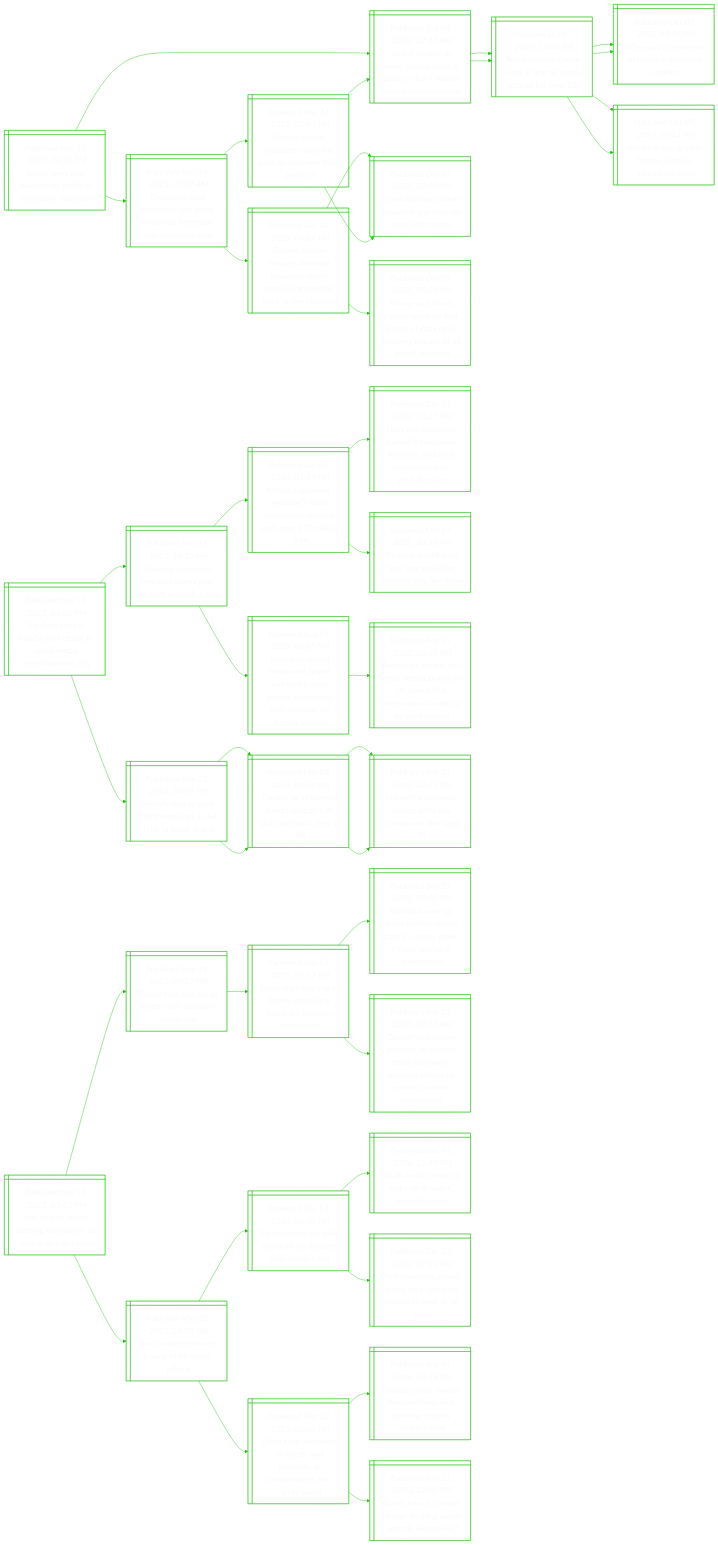
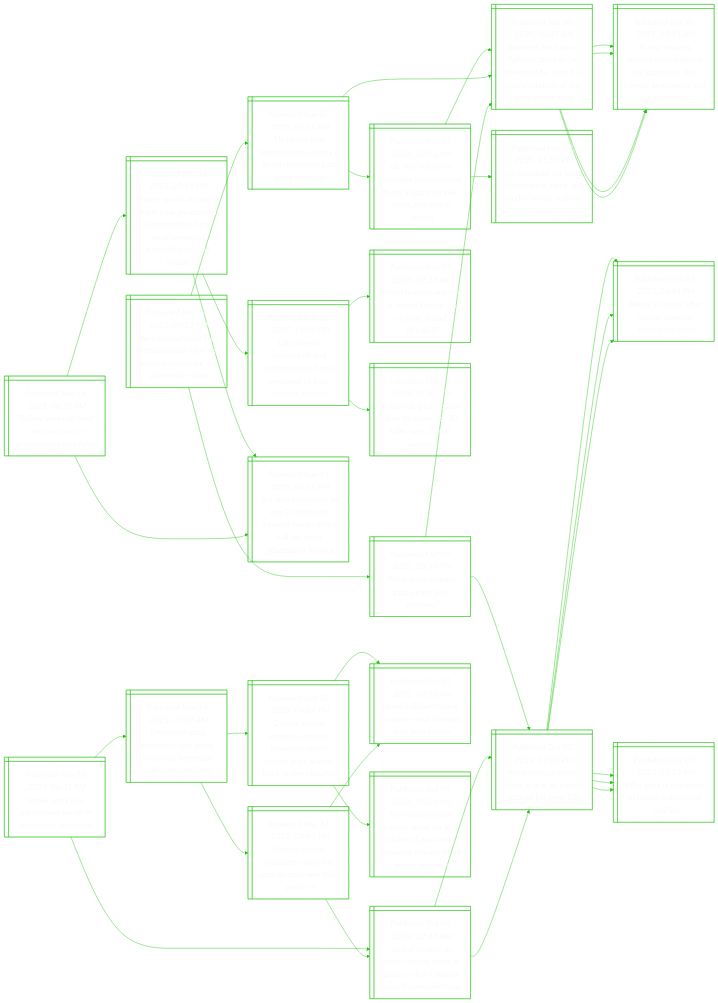
The diagram in README.md (notJmes/notJmes), drawn with Mermaid before and after one commit. The commit also changed other lines of this file, not shown here.

````diff
--- a/README.md
+++ b/README.md
@@ -15,6 +15,74 @@
 %%{init: {'theme':'base', 'themeVariables': {'primaryColor': "transparent", 'primaryTextColor': "#F9F9F9", 'lineColor': "#20C20E", 'primaryBorderColor':'#20C20E'}}}%%
 flowchart LR
 classDef txtsize font-size:20px;
+
+NyaahkaUkanais@{ shape: win-pane, label: "_Published Nov 16, 2025, 09:22 PM_
+Netanyahu faces far-right backlash after us-backed statement on palestinian state" }
+UtNtoNinnzcd@{ shape: win-pane, label: "_Published Nov 07, 2025, 09:35 AM_
+Us to start un negotiations on nov 6 on international gaza force mandate" }
+Uatdnaacareonw@{ shape: win-pane, label: "_Published Nov 05, 2025, 08:02 AM_
+Us may ask un to mandate international force in gaza for two years, document shows" }
+AtHfezerydatoGel@{ shape: win-pane, label: "_Published Sep 30, 2025, 06:45 AM_
+Amnesty for hamas fighters, gaza to be governed by ‘board of peace’: details of the gaza peace plan" }
+Udoaitotnous@{ shape: win-pane, label: "_Published Nov 03, 2025, 11:57 PM_
+Un mandate for gaza stabilisation force still in the works, turkey says" }
+AtHfezerydatoGel@{ shape: win-pane, label: "_Published Sep 30, 2025, 06:45 AM_
+Amnesty for hamas fighters, gaza to be governed by ‘board of peace’: details of the gaza peace plan" }
+Tseaupoabmrnluo@{ shape: win-pane, label: "_Published Sep 30, 2025, 12:11 AM_
+Trump secures netanyahu’s support for gaza deal, but hamas’ agreement still in question" }
+Tseaupoabmrnluo@{ shape: win-pane, label: "_Published Sep 30, 2025, 12:11 AM_
+Trump secures netanyahu’s support for gaza deal, but hamas’ agreement still in question" }
+Wouaaam@{ shape: win-pane, label: "_Published Oct 09, 2025, 05:50 PM_
+What does trump’s gaza peace plan promise?" }
+AtHfezerydatoGel@{ shape: win-pane, label: "_Published Sep 30, 2025, 06:45 AM_
+Amnesty for hamas fighters, gaza to be governed by ‘board of peace’: details of the gaza peace plan" }
+Tseaupoabmrnluo@{ shape: win-pane, label: "_Published Sep 30, 2025, 12:11 AM_
+Trump secures netanyahu’s support for gaza deal, but hamas’ agreement still in question" }
+Tseaupoabmrnluo@{ shape: win-pane, label: "_Published Sep 30, 2025, 12:11 AM_
+Trump secures netanyahu’s support for gaza deal, but hamas’ agreement still in question" }
+NyeeawHakl@{ shape: win-pane, label: "_Published Oct 07, 2023, 12:04 PM_
+Netanyahu declares israel at war as hamas attacks kill over 100" }
+WzptIleint@{ shape: win-pane, label: "_Published Oct 07, 2023, 05:15 PM_
+Why gaza is epicentre of israeli-palestinian conflict" }
+Wiceapaks@{ shape: win-pane, label: "_Published Oct 07, 2023, 06:44 PM_
+World in shock after hamas surprise attacks on israel" }
+
+NyaahkaUkanais:::txtsize --> UtNtoNinnzcd:::txtsize
+UtNtoNinnzcd:::txtsize --> Uatdnaacareonw:::txtsize
+Uatdnaacareonw:::txtsize --> AtHfezerydatoGel:::txtsize
+Uatdnaacareonw:::txtsize --> Udoaitotnous:::txtsize
+UtNtoNinnzcd:::txtsize --> AtHfezerydatoGel:::txtsize
+AtHfezerydatoGel:::txtsize --> Tseaupoabmrnluo:::txtsize
+AtHfezerydatoGel:::txtsize --> Tseaupoabmrnluo:::txtsize
+NyaahkaUkanais:::txtsize --> Wouaaam:::txtsize
+Wouaaam:::txtsize --> AtHfezerydatoGel:::txtsize
+AtHfezerydatoGel:::txtsize --> Tseaupoabmrnluo:::txtsize
+AtHfezerydatoGel:::txtsize --> Tseaupoabmrnluo:::txtsize
+Wouaaam:::txtsize --> NyeeawHakl:::txtsize
+NyeeawHakl:::txtsize --> WzptIleint:::txtsize
+NyeeawHakl:::txtsize --> Wiceapaks:::txtsize
+
+Tysstsenal@{ shape: win-pane, label: "_Published Nov 16, 2025, 08:30 PM_
+Turkey seeks to host next cop as co-presidency plans falter" }
+Syalhaamicieiarnr@{ shape: win-pane, label: "_Published Nov 16, 2025, 09:15 PM_
+S’pore youth at cop30 learn how amazonian communities face environmental inequality, rely on nature" }
+Lronaiesipttam@{ shape: win-pane, label: "_Published Nov 08, 2025, 11:00 PM_
+Lula tries to expand oil and rainforests as brazil prepares to host climate summit" }
+WlrnmfrledP@{ shape: win-pane, label: "_Published Nov 07, 2025, 07:21 AM_
+World leaders warned of ‘moral failure’ on climate ahead of cop30" }
+Blinteaaiss@{ shape: win-pane, label: "_Published Mar 15, 2025, 01:51 PM_
+Brazil has $167 billion plan to make cop30 talks rare climate success" }
+SaesPlrnlbyfrpoa@{ shape: win-pane, label: "_Published Nov 14, 2025, 06:15 PM_
+S-e asia protesters at cop30 highlight regional vulnerability, call for more adaptation finance" }
+SaesPlrnlbyfrpoa@{ shape: win-pane, label: "_Published Nov 14, 2025, 06:15 PM_
+S-e asia protesters at cop30 highlight regional vulnerability, call for more adaptation finance" }
+
+Tysstsenal:::txtsize --> Syalhaamicieiarnr:::txtsize
+Syalhaamicieiarnr:::txtsize --> Lronaiesipttam:::txtsize
+Lronaiesipttam:::txtsize --> WlrnmfrledP:::txtsize
+Lronaiesipttam:::txtsize --> Blinteaaiss:::txtsize
+Syalhaamicieiarnr:::txtsize --> SaesPlrnlbyfrpoa:::txtsize
+Tysstsenal:::txtsize --> SaesPlrnlbyfrpoa:::txtsize
 
 Ilyssatenrn@{ shape: win-pane, label: "_Published Nov 16, 2025, 06:31 PM_
 Israeli army kills palestinian youth in west bank operation" }
@@ -62,78 +130,4 @@
 HqlssrGswli:::txtsize --> Iliaeseoewa:::txtsize
 HqlssrGswli:::txtsize --> Sbsrcdnacaale:::txtsize
 
-SatiEenietet@{ shape: win-pane, label: "_Published Nov 16, 2025, 05:05 PM_
-Six flags set for middle east debut in saudi mega entertainment city" }
-Yberaeprar@{ shape: win-pane, label: "_Published Nov 13, 2025, 10:31 PM_
-Youtube superstar mrbeast opens pop-up park in saudi arabia" }
-Msooetcdntrib@{ shape: win-pane, label: "_Published Jun 05, 2024, 01:55 PM_
-Mrbeast becomes youtube’s most subscribed channel with over 272 million subs" }
-HeeuTnrrphotTt@{ shape: win-pane, label: "_Published Dec 01, 2023, 10:27 PM_
-How the pandemic turned 3 taiwanese brothers and pool champions into youtube stars" }
-Ybkntoeasia@{ shape: win-pane, label: "_Published Oct 19, 2023, 10:30 AM_
-Youtube working on tool that would let creators sing like drake" }
-AcrrubMsgbsvnnvgKe@{ shape: win-pane, label: "_Published Aug 15, 2025, 06:05 PM_
-American virtual restaurant brand mrbeast burger debuts as delivery-only concept via dignity kitchen" }
-AafseobYofinnttan@{ shape: win-pane, label: "_Published Aug 15, 2025, 03:05 PM_
-Australia’s famed self-serve yogurt brand yo-chi opens first international outlet at orchard central" }
-Wstoletunii@{ shape: win-pane, label: "_Published Mar 22, 2024, 04:59 PM_
-World’s first dragon ball theme park to be built in saudi arabia" }
-ConnmDnATae@{ shape: win-pane, label: "_Published Mar 08, 2024, 01:10 PM_
-Creator of influential manga dragon ball, akira toriyama, dies at 68" }
-IelnarLMmie@{ shape: win-pane, label: "_Published Feb 20, 2023, 02:25 PM_
-Influential japanese manga artist leiji matsumoto dies aged 85" }
-ConnmDnATae@{ shape: win-pane, label: "_Published Mar 08, 2024, 01:10 PM_
-Creator of influential manga dragon ball, akira toriyama, dies at 68" }
-IelnarLMmie@{ shape: win-pane, label: "_Published Feb 20, 2023, 02:25 PM_
-Influential japanese manga artist leiji matsumoto dies aged 85" }
-
-SatiEenietet:::txtsize --> Yberaeprar:::txtsize
-Yberaeprar:::txtsize --> Msooetcdntrib:::txtsize
-Msooetcdntrib:::txtsize --> HeeuTnrrphotTt:::txtsize
-Msooetcdntrib:::txtsize --> Ybkntoeasia:::txtsize
-Yberaeprar:::txtsize --> AcrrubMsgbsvnnvgKe:::txtsize
-AcrrubMsgbsvnnvgKe:::txtsize --> AafseobYofinnttan:::txtsize
-SatiEenietet:::txtsize --> Wstoletunii:::txtsize
-Wstoletunii:::txtsize --> ConnmDnATae:::txtsize
-ConnmDnATae:::txtsize --> IelnarLMmie:::txtsize
-Wstoletunii:::txtsize --> ConnmDnATae:::txtsize
-ConnmDnATae:::txtsize --> IelnarLMmie:::txtsize
-
-Iecsnrnedhe@{ shape: win-pane, label: "_Published Nov 16, 2025, 03:43 PM_
-Iran begins cloud-seeding operations as severe drought bites" }
-Tnrytiessn@{ shape: win-pane, label: "_Published Nov 12, 2025, 09:21 PM_
-Tehran taps run dry as water crisis deepens across iran" }
-Bnziedgaysri@{ shape: win-pane, label: "_Published Sep 24, 2025, 05:17 PM_
-Bees, once buzzing in honey-producing basra, hit by iraq’s water crisis" }
-Baetntsinefacvn@{ shape: win-pane, label: "_Published Sep 23, 2025, 09:00 PM_
-Backlash over ad stunt in tibet shows gaps in china’s green efforts and local governance" }
-Qignfoaantofsomeys@{ shape: win-pane, label: "_Published Sep 23, 2025, 02:11 AM_
-Quantifying ocean benefits to climate goals can boost national efforts to protect marine ecosystems" }
-Iwrvwnsc@{ shape: win-pane, label: "_Published May 25, 2025, 08:02 PM_
-Iraq’s water reserves lowest in 80 years: official" }
-Shdldnuerp@{ shape: win-pane, label: "_Published Dec 14, 2024, 08:30 PM_
-Saudi-hosted un talks end with no drought deal: participants" }
-SAasldheio@{ shape: win-pane, label: "_Published Dec 01, 2024, 12:45 PM_
-Saudi arabia hosts un talks on drought, desertification" }
-Roiltlonaatu@{ shape: win-pane, label: "_Published Dec 13, 2024, 07:03 PM_
-Rich countries, island states lock horns on climate change at un court" }
-Cswafsrteassw@{ shape: win-pane, label: "_Published Mar 12, 2025, 03:10 PM_
-Cities face ‘whiplash’ of floods and droughts as temperatures rise, study warns" }
-Csieioaeigutt@{ shape: win-pane, label: "_Published Aug 06, 2024, 03:28 PM_
-Chinese cities swelter in record heat; rice-growing regions under threat" }
-aHctnegrcoi@{ shape: win-pane, label: "_Published Nov 12, 2023, 12:00 PM_
-Askst: how is climate change fuelling water scarcity worldwide?" }
-
-Iecsnrnedhe:::txtsize --> Tnrytiessn:::txtsize
-Tnrytiessn:::txtsize --> Bnziedgaysri:::txtsize
-Bnziedgaysri:::txtsize --> Baetntsinefacvn:::txtsize
-Bnziedgaysri:::txtsize --> Qignfoaantofsomeys:::txtsize
-Iecsnrnedhe:::txtsize --> Iwrvwnsc:::txtsize
-Iwrvwnsc:::txtsize --> Shdldnuerp:::txtsize
-Shdldnuerp:::txtsize --> SAasldheio:::txtsize
-Shdldnuerp:::txtsize --> Roiltlonaatu:::txtsize
-Iwrvwnsc:::txtsize --> Cswafsrteassw:::txtsize
-Cswafsrteassw:::txtsize --> Csieioaeigutt:::txtsize
-Cswafsrteassw:::txtsize --> aHctnegrcoi:::txtsize
-
 ```
````
